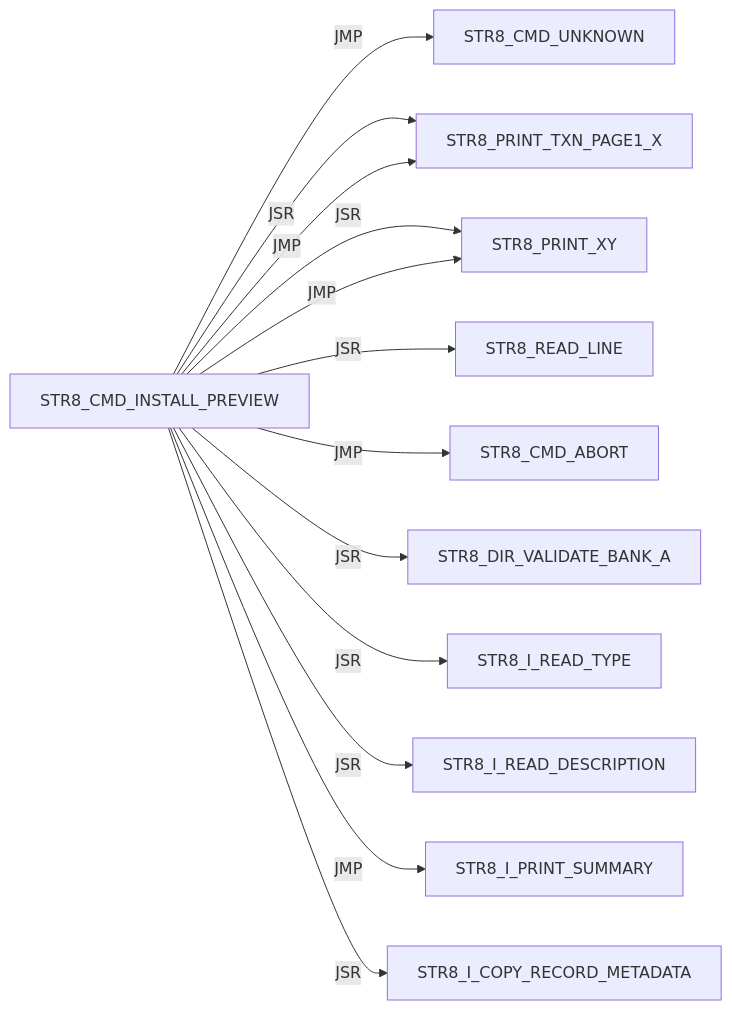
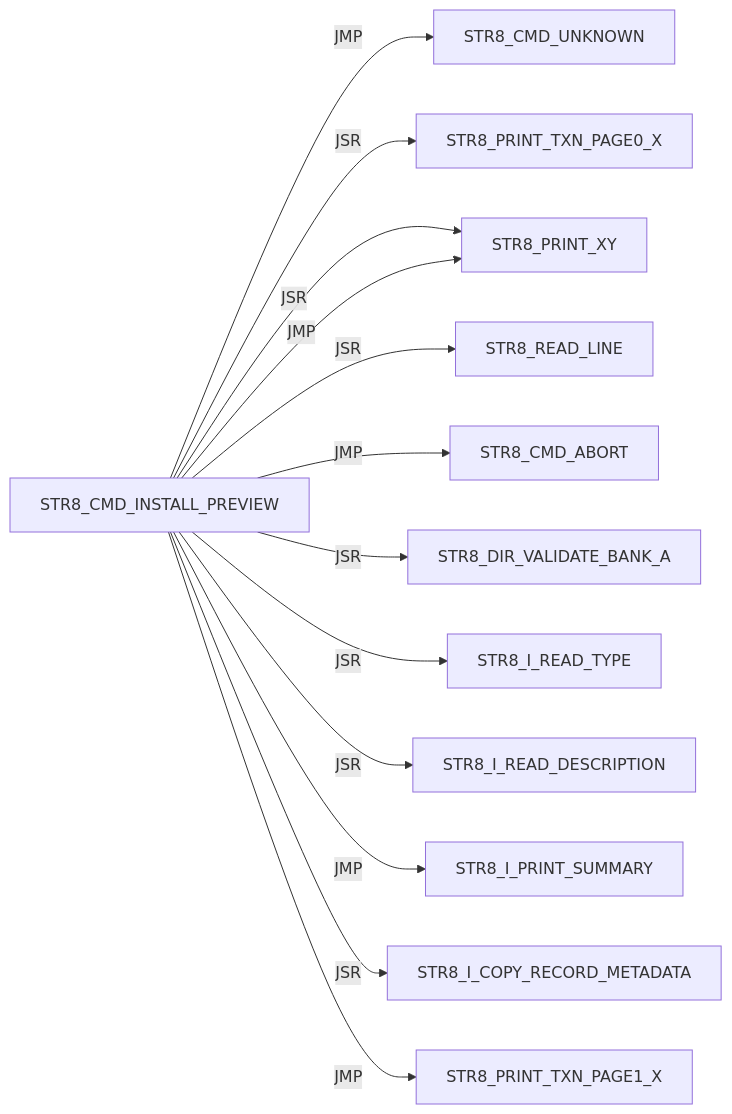
One commit to 95westus/R-YORS changed diagram 36 of 42 in DOC/GUIDES/STR8/STR8_EDGE_DUMP.md. Above: the diagram before and after it, drawn with Mermaid. The commit also changed other lines of this file and 29 other files, not shown here.

````diff
--- a/DOC/GUIDES/STR8/STR8_EDGE_DUMP.md
+++ b/DOC/GUIDES/STR8/STR8_EDGE_DUMP.md
@@ -481,15 +481,15 @@
 ```mermaid
 flowchart LR
     N0["STR8_CMD_INSTALL_PREVIEW"] -->|JMP| N1["STR8_CMD_UNKNOWN"]
-    N0["STR8_CMD_INSTALL_PREVIEW"] -->|JSR| N2["STR8_PRINT_TXN_PAGE1_X"]
+    N0["STR8_CMD_INSTALL_PREVIEW"] -->|JSR| N2["STR8_PRINT_TXN_PAGE0_X"]
     N0["STR8_CMD_INSTALL_PREVIEW"] -->|JSR| N3["STR8_PRINT_XY"]
     N0["STR8_CMD_INSTALL_PREVIEW"] -->|JSR| N4["STR8_READ_LINE"]
     N0["STR8_CMD_INSTALL_PREVIEW"] -->|JMP| N5["STR8_CMD_ABORT"]
     N0["STR8_CMD_INSTALL_PREVIEW"] -->|JSR| N6["STR8_DIR_VALIDATE_BANK_A"]
     N0["STR8_CMD_INSTALL_PREVIEW"] -->|JSR| N7["STR8_I_READ_TYPE"]
     N0["STR8_CMD_INSTALL_PREVIEW"] -->|JSR| N8["STR8_I_READ_DESCRIPTION"]
     N0["STR8_CMD_INSTALL_PREVIEW"] -->|JMP| N9["STR8_I_PRINT_SUMMARY"]
     N0["STR8_CMD_INSTALL_PREVIEW"] -->|JSR| N10["STR8_I_COPY_RECORD_METADATA"]
-    N0["STR8_CMD_INSTALL_PREVIEW"] -->|JMP| N2["STR8_PRINT_TXN_PAGE1_X"]
+    N0["STR8_CMD_INSTALL_PREVIEW"] -->|JMP| N11["STR8_PRINT_TXN_PAGE1_X"]
     N0["STR8_CMD_INSTALL_PREVIEW"] -->|JMP| N3["STR8_PRINT_XY"]
 ```
````
